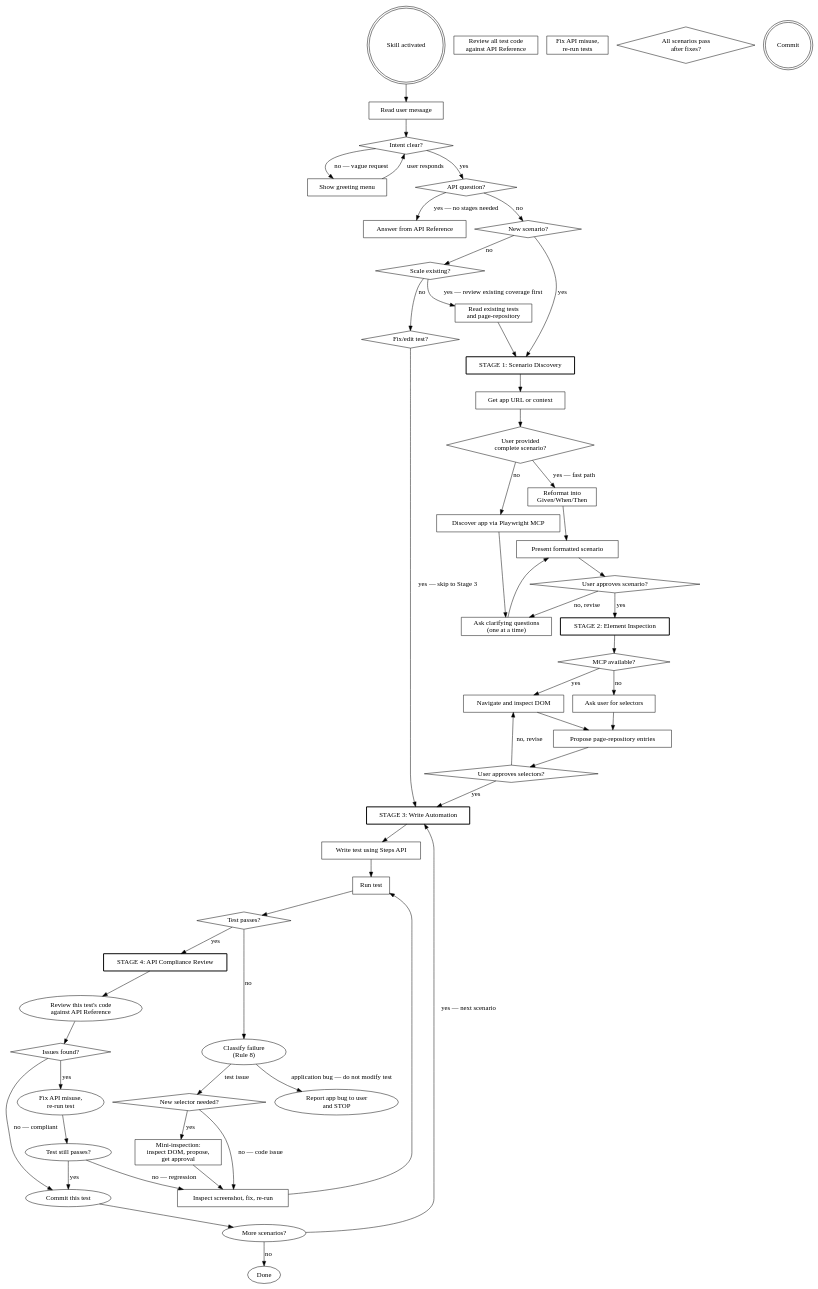
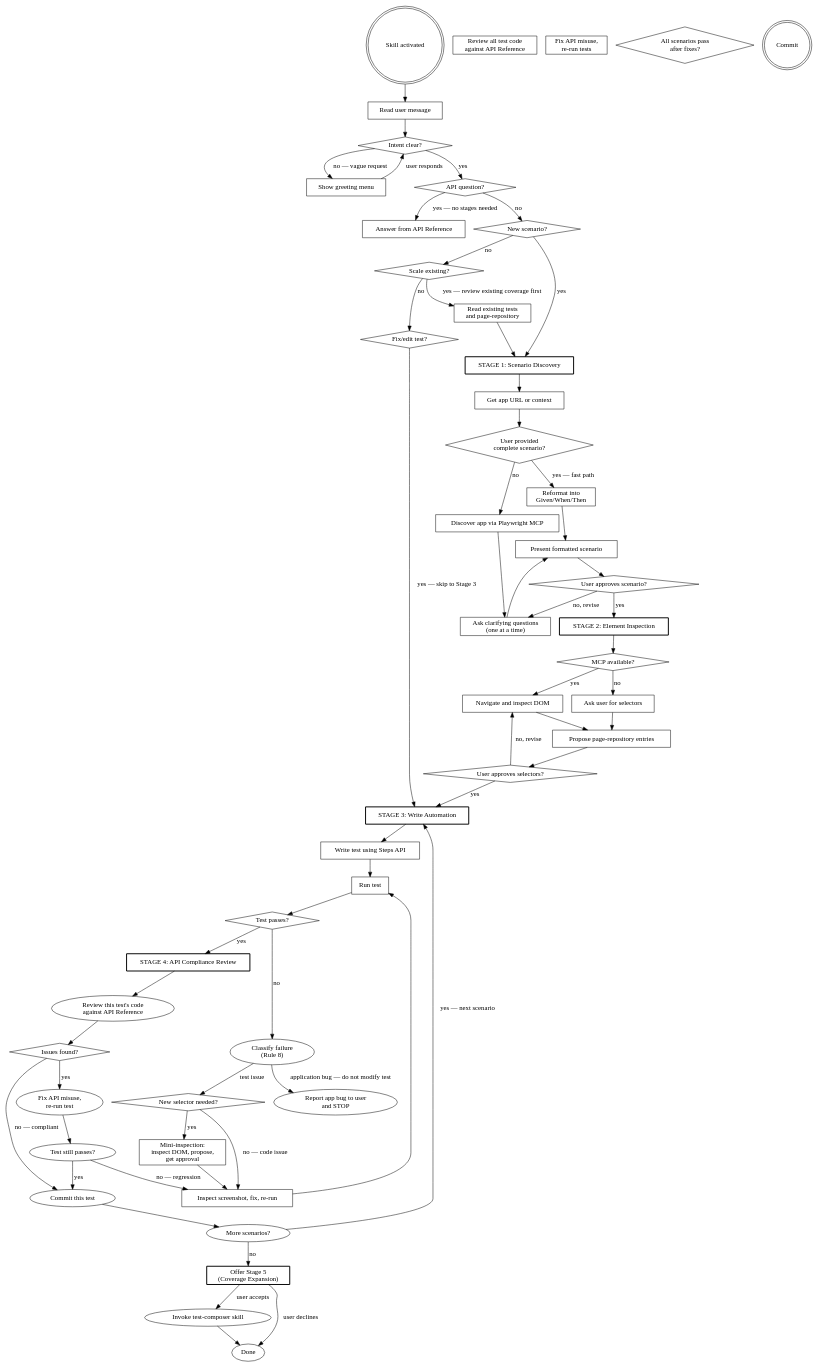
One commit to Umutayb/pw-element-interactions changed the diagram in skills/element-interactions/SKILL.md. Above: the diagram before and after it, drawn with Graphviz. The commit also changed other lines of this file, not shown here.

First line of the commit message:
docs(skill): add onboarding completion gate to offer Stage 5

````diff
--- a/skills/element-interactions/SKILL.md
+++ b/skills/element-interactions/SKILL.md
@@ -263,6 +264,10 @@
     "Test still passes?" -> "Inspect screenshot, fix, re-run" [label="no — regression"];
     "Commit this test" -> "More scenarios?" [label=""];
     "More scenarios?" -> "STAGE 3: Write Automation" [label="yes — next scenario"];
-    "More scenarios?" -> "Done" [label="no"];
+    "More scenarios?" -> "Offer Stage 5\n(Coverage Expansion)" [label="no"];
+    "Offer Stage 5\n(Coverage Expansion)" [shape=box, style=bold];
+    "Offer Stage 5\n(Coverage Expansion)" -> "Invoke test-composer skill" [label="user accepts"];
+    "Offer Stage 5\n(Coverage Expansion)" -> "Done" [label="user declines"];
+    "Invoke test-composer skill" -> "Done";
 }
 ```
````
